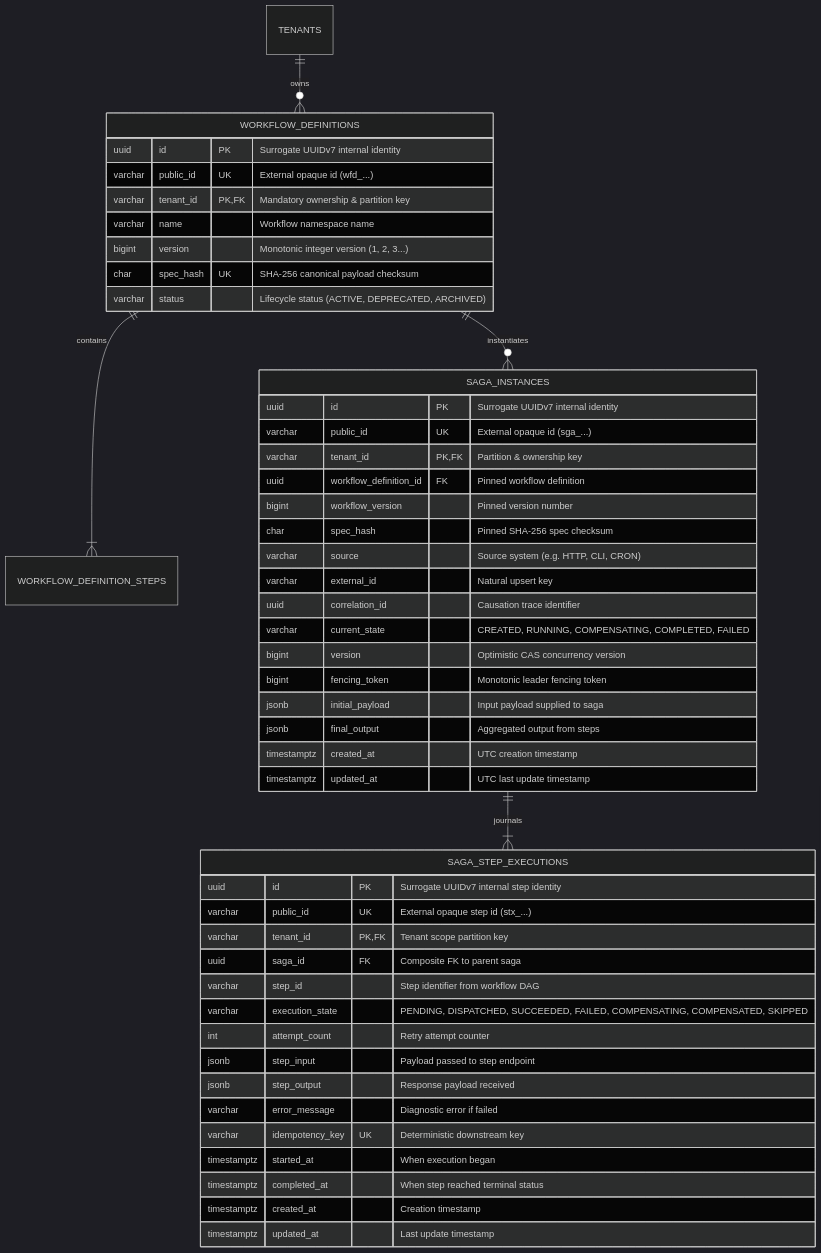
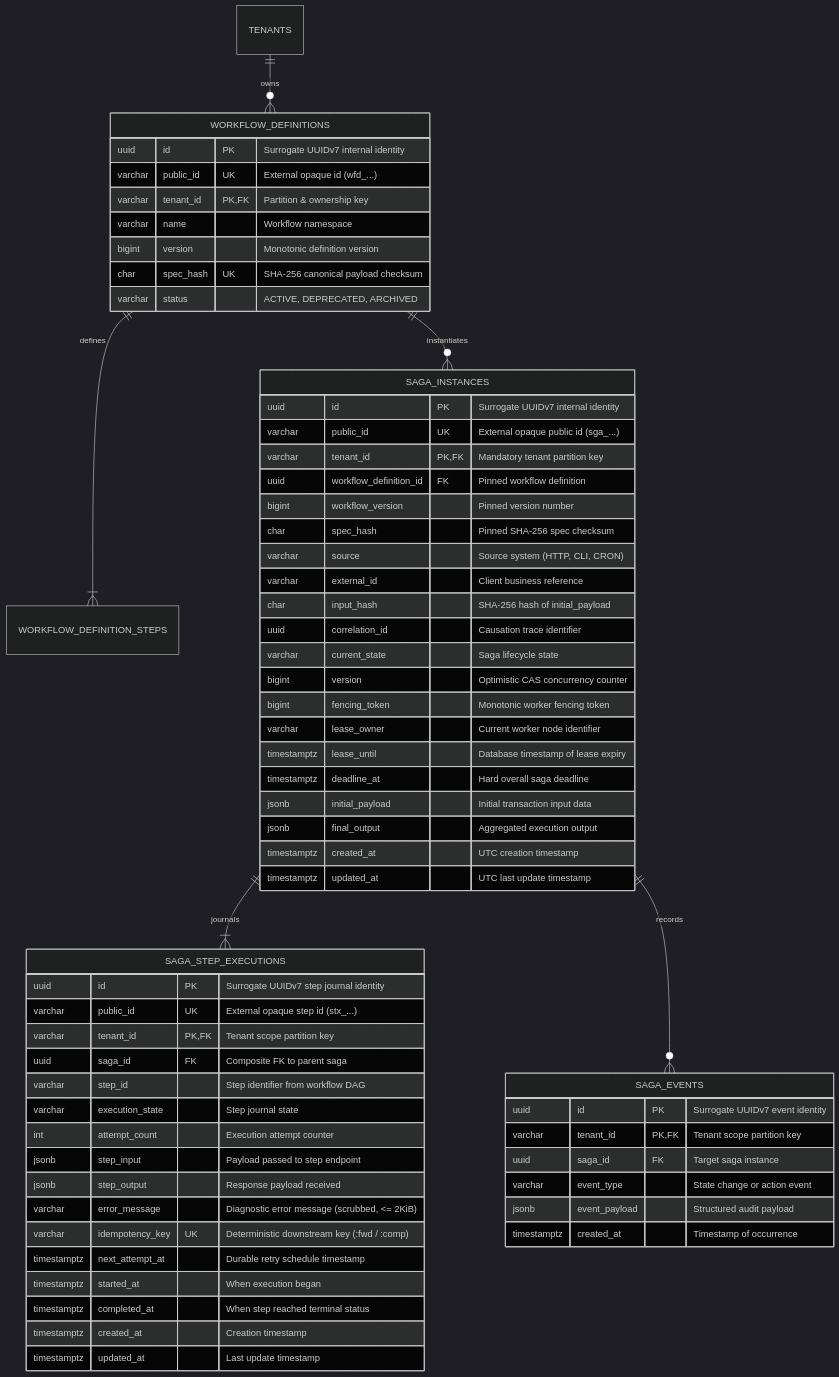
One commit to Chief-Strategist-J/distributed-transaction-engine changed the diagram in docs/features/saga-orchestration/adr.md. Above: the diagram before and after it, drawn with Mermaid (dark theme). The commit also changed other lines of this file and 3 other files, not shown here.

Commit message:
docs(saga-orchestration): synchronize ADR-0004, Decision Tree v4, ERD, and Invariants S1-S18

````diff
--- a/docs/features/saga-orchestration/adr.md
+++ b/docs/features/saga-orchestration/adr.md
@@ -75,54 +86,69 @@
 ```mermaid
 erDiagram
     TENANTS ||--o{ WORKFLOW_DEFINITIONS : owns
-    WORKFLOW_DEFINITIONS ||--|{ WORKFLOW_DEFINITION_STEPS : contains
+    WORKFLOW_DEFINITIONS ||--|{ WORKFLOW_DEFINITION_STEPS : defines
     WORKFLOW_DEFINITIONS ||--o{ SAGA_INSTANCES : instantiates
     SAGA_INSTANCES ||--|{ SAGA_STEP_EXECUTIONS : journals
+    SAGA_INSTANCES ||--o{ SAGA_EVENTS : records
 
     WORKFLOW_DEFINITIONS {
         uuid id PK "Surrogate UUIDv7 internal identity"
         varchar public_id UK "External opaque id (wfd_...)"
-        varchar tenant_id PK,FK "Mandatory ownership & partition key"
-        varchar name "Workflow namespace name"
-        bigint version "Monotonic integer version (1, 2, 3...)"
+        varchar tenant_id PK,FK "Partition & ownership key"
+        varchar name "Workflow namespace"
+        bigint version "Monotonic definition version"
         char spec_hash UK "SHA-256 canonical payload checksum"
-        varchar status "Lifecycle status (ACTIVE, DEPRECATED, ARCHIVED)"
+        varchar status "ACTIVE, DEPRECATED, ARCHIVED"
     }
 
     SAGA_INSTANCES {
         uuid id PK "Surrogate UUIDv7 internal identity"
-        varchar public_id UK "External opaque id (sga_...)"
-        varchar tenant_id PK,FK "Partition & ownership key"
+        varchar public_id UK "External opaque public id (sga_...)"
+        varchar tenant_id PK,FK "Mandatory tenant partition key"
         uuid workflow_definition_id FK "Pinned workflow definition"
         bigint workflow_version "Pinned version number"
         char spec_hash "Pinned SHA-256 spec checksum"
-        varchar source "Source system (e.g. HTTP, CLI, CRON)"
-        varchar external_id "Natural upsert key"
+        varchar source "Source system (HTTP, CLI, CRON)"
+        varchar external_id "Client business reference"
+        char input_hash "SHA-256 hash of initial_payload"
         uuid correlation_id "Causation trace identifier"
-        varchar current_state "CREATED, RUNNING, COMPENSATING, COMPLETED, FAILED"
-        bigint version "Optimistic CAS concurrency version"
-        bigint fencing_token "Monotonic leader fencing token"
-        jsonb initial_payload "Input payload supplied to saga"
-        jsonb final_output "Aggregated output from steps"
+        varchar current_state "Saga lifecycle state"
+        bigint version "Optimistic CAS concurrency counter"
+        bigint fencing_token "Monotonic worker fencing token"
+        varchar lease_owner "Current worker node identifier"
+        timestamptz lease_until "Database timestamp of lease expiry"
+        timestamptz deadline_at "Hard overall saga deadline"
+        jsonb initial_payload "Initial transaction input data"
+        jsonb final_output "Aggregated execution output"
         timestamptz created_at "UTC creation timestamp"
         timestamptz updated_at "UTC last update timestamp"
     }
 
     SAGA_STEP_EXECUTIONS {
-        uuid id PK "Surrogate UUIDv7 internal step identity"
+        uuid id PK "Surrogate UUIDv7 step journal identity"
         varchar public_id UK "External opaque step id (stx_...)"
         varchar tenant_id PK,FK "Tenant scope partition key"
         uuid saga_id FK "Composite FK to parent saga"
         varchar step_id "Step identifier from workflow DAG"
-        varchar execution_state "PENDING, DISPATCHED, SUCCEEDED, FAILED, COMPENSATING, COMPENSATED, SKIPPED"
-        int attempt_count "Retry attempt counter"
+        varchar execution_state "Step journal state"
+        int attempt_count "Execution attempt counter"
         jsonb step_input "Payload passed to step endpoint"
         jsonb step_output "Response payload received"
-        varchar error_message "Diagnostic error if failed"
-        varchar idempotency_key UK "Deterministic downstream key"
+        varchar error_message "Diagnostic error message (scrubbed, <= 2KiB)"
+        varchar idempotency_key UK "Deterministic downstream key (:fwd / :comp)"
+        timestamptz next_attempt_at "Durable retry schedule timestamp"
         timestamptz started_at "When execution began"
         timestamptz completed_at "When step reached terminal status"
         timestamptz created_at "Creation timestamp"
         timestamptz updated_at "Last update timestamp"
     }
+
+    SAGA_EVENTS {
+        uuid id PK "Surrogate UUIDv7 event identity"
+        varchar tenant_id PK,FK "Tenant scope partition key"
+        uuid saga_id FK "Target saga instance"
+        varchar event_type "State change or action event"
+        jsonb event_payload "Structured audit payload"
+        timestamptz created_at "Timestamp of occurrence"
+    }
 ```
````
